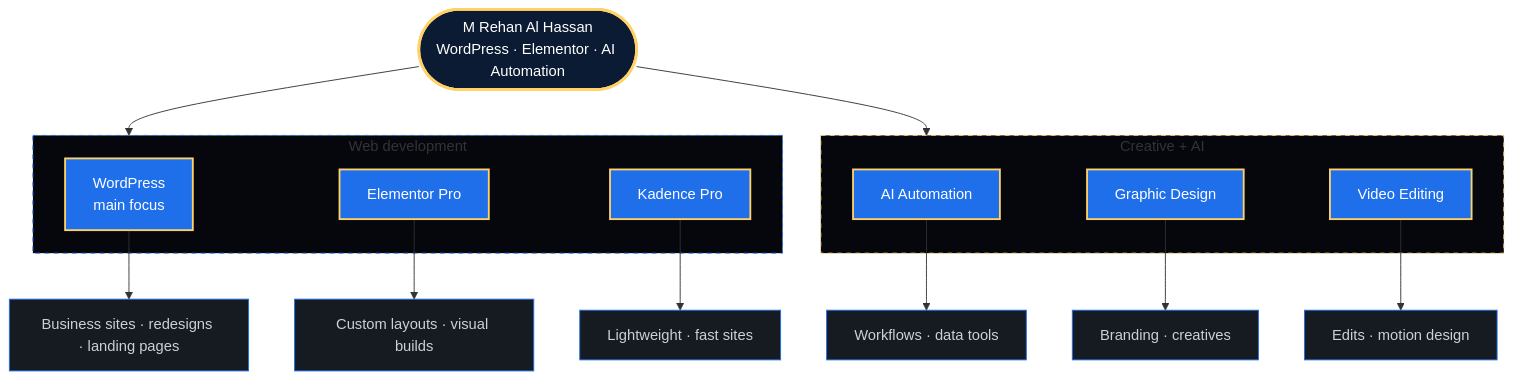
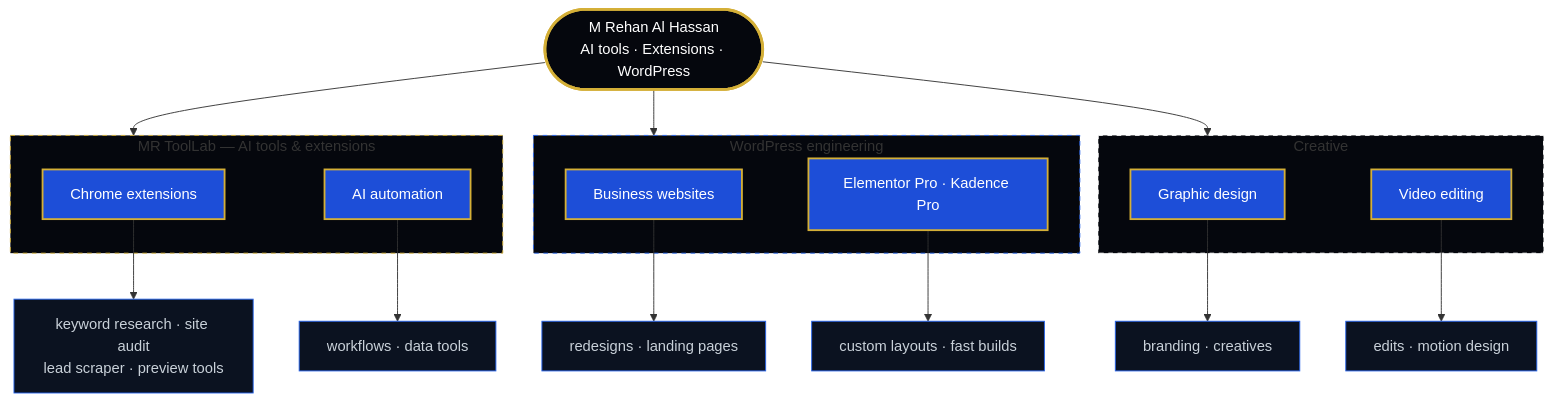
Before and after one commit to mrehanalhassan/mrehanalhassan: the first of 7 diagrams in README.md, drawn with Mermaid. The commit also changed other lines of this file, not shown here.

````diff
--- a/README.md
+++ b/README.md
@@ -11,29 +16,32 @@
 ```mermaid
-flowchart TD
-    ME(["M Rehan Al Hassan<br/>WordPress · Elementor · AI Automation"])
-    subgraph WEB["Web development"]
-        WP["WordPress<br/>main focus"]
-        EL["Elementor Pro"]
-        KA["Kadence Pro"]
+flowchart TB
+    ME(["M Rehan Al Hassan<br/>AI tools · Extensions · WordPress"])
+    subgraph TOOLS["MR ToolLab — AI tools & extensions"]
+        EXT["Chrome extensions"]
+        AUT["AI automation"]
     end
-    subgraph CREATE["Creative + AI"]
-        AI["AI Automation"]
-        GD["Graphic Design"]
-        VE["Video Editing"]
+    subgraph WEB["WordPress engineering"]
+        WP["Business websites"]
+        EL["Elementor Pro · Kadence Pro"]
     end
-    ME --> WEB & CREATE
-    WP --> WP1["Business sites · redesigns · landing pages"]
-    EL --> EL1["Custom layouts · visual builds"]
-    KA --> KA1["Lightweight · fast sites"]
-    AI --> AI1["Workflows · data tools"]
-    GD --> GD1["Branding · creatives"]
-    VE --> VE1["Edits · motion design"]
-    classDef me fill:#0B1B33,stroke:#FFD166,stroke-width:3px,color:#FFFFFF
-    classDef skill fill:#1F6FEB,stroke:#FFD166,stroke-width:2px,color:#FFFFFF
-    classDef sub fill:#161B22,stroke:#1F6FEB,color:#C9D1D9
+    subgraph CREATIVE["Creative"]
+        GD["Graphic design"]
+        VE["Video editing"]
+    end
+    ME --> TOOLS & WEB & CREATIVE
+    EXT --> EXT1["keyword research · site audit<br/>lead scraper · preview tools"]
+    AUT --> AUT1["workflows · data tools"]
+    WP --> WP1["redesigns · landing pages"]
+    EL --> EL1["custom layouts · fast builds"]
+    GD --> GD1["branding · creatives"]
+    VE --> VE1["edits · motion design"]
+    classDef me fill:#05070D,stroke:#D4AF37,stroke-width:3px,color:#FFFFFF
+    classDef pillar fill:#1D4ED8,stroke:#D4AF37,stroke-width:2px,color:#FFFFFF
+    classDef leaf fill:#0B1220,stroke:#2563EB,color:#C9D1D9
     class ME me
-    class WP,EL,KA,AI,GD,VE skill
-    class WP1,EL1,KA1,AI1,GD1,VE1 sub
-    style WEB fill:#05070D,stroke:#1F6FEB,stroke-dasharray:5 5
-    style CREATE fill:#05070D,stroke:#FFD166,stroke-dasharray:5 5
+    class EXT,AUT,WP,EL,GD,VE pillar
+    class EXT1,AUT1,WP1,EL1,GD1,VE1 leaf
+    style TOOLS fill:#05070D,stroke:#D4AF37,stroke-dasharray:5 5
+    style WEB fill:#05070D,stroke:#2563EB,stroke-dasharray:5 5
+    style CREATIVE fill:#05070D,stroke:#FFFFFF,stroke-dasharray:5 5
 ```
````
